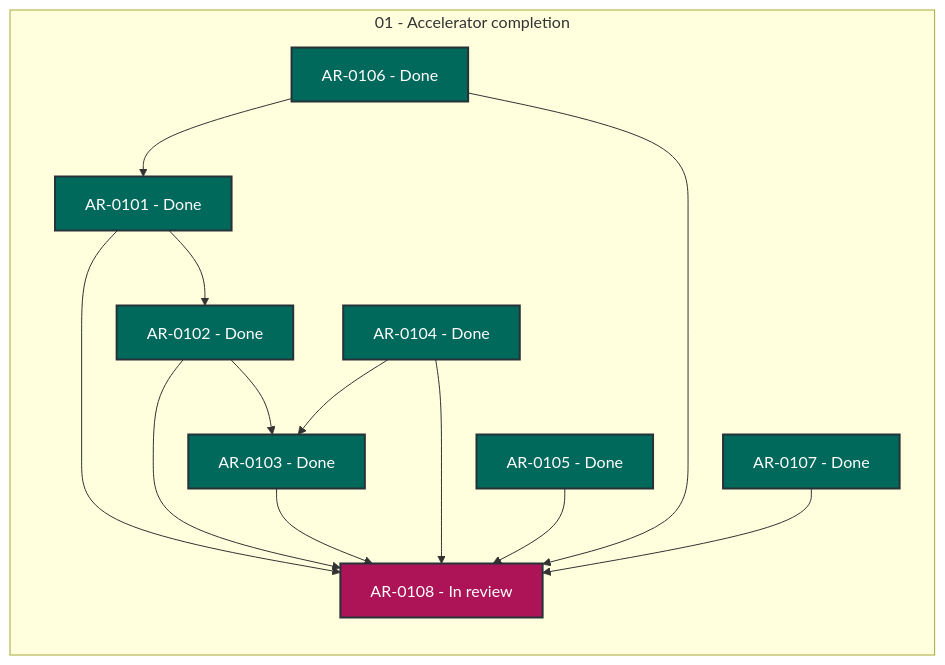
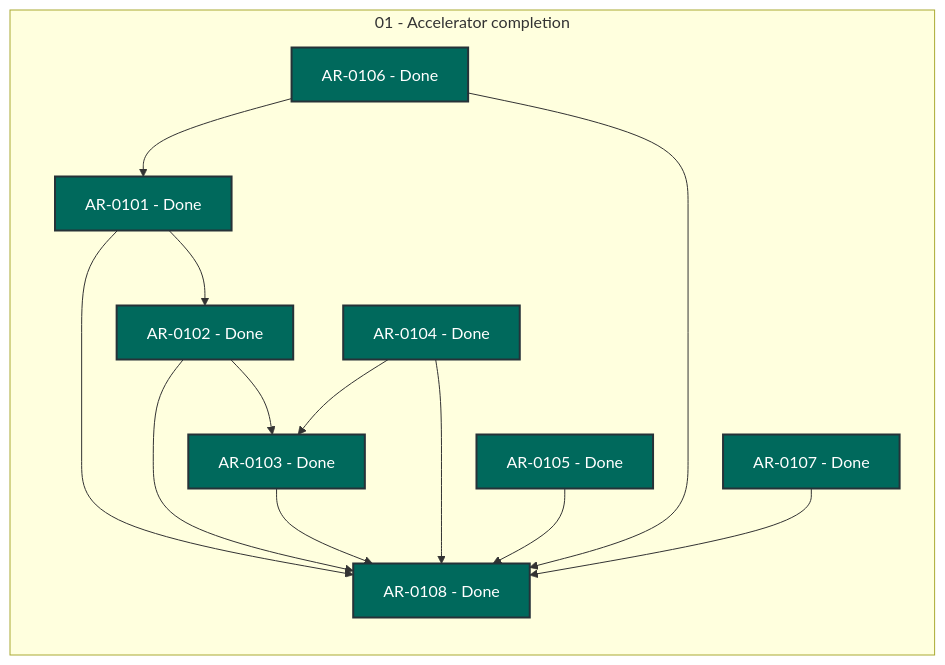
Before and after one commit to locutus3009/exgame: the diagram in coordination/STATUS.md, drawn with Mermaid. The commit also changed other lines of this file and 2 other files, not shown here.

Commit message:
chore(state): review AR-0108

````diff
--- a/coordination/STATUS.md
+++ b/coordination/STATUS.md
@@ -28,34 +28,34 @@
 ```mermaid
 flowchart LR
     subgraph series_01["01 - Accelerator completion"]
         direction TB
         AR_0101["AR-0101 - Done"]:::status_done
         AR_0102["AR-0102 - Done"]:::status_done
         AR_0103["AR-0103 - Done"]:::status_done
         AR_0104["AR-0104 - Done"]:::status_done
         AR_0105["AR-0105 - Done"]:::status_done
         AR_0106["AR-0106 - Done"]:::status_done
         AR_0107["AR-0107 - Done"]:::status_done
-        AR_0108["AR-0108 - In review"]:::status_in_review
+        AR_0108["AR-0108 - Done"]:::status_done
     end
     AR_0101 --> AR_0102
     AR_0101 --> AR_0108
     AR_0102 --> AR_0103
     AR_0102 --> AR_0108
     AR_0103 --> AR_0108
     AR_0104 --> AR_0103
     AR_0104 --> AR_0108
     AR_0105 --> AR_0108
     AR_0106 --> AR_0101
     AR_0106 --> AR_0108
     AR_0107 --> AR_0108
     classDef status_in_progress fill:#1565c0,color:#ffffff,stroke:#263238,stroke-width:2px
     classDef status_in_review fill:#ad1457,color:#ffffff,stroke:#263238,stroke-width:2px
     classDef status_open fill:#2e7d32,color:#ffffff,stroke:#263238,stroke-width:2px
     classDef status_blocked fill:#c62828,color:#ffffff,stroke:#263238,stroke-width:2px
     classDef status_planned fill:#6a1b9a,color:#ffffff,stroke:#263238,stroke-width:2px
     classDef status_future fill:#455a64,color:#ffffff,stroke:#263238,stroke-width:2px
     classDef status_done fill:#00695c,color:#ffffff,stroke:#263238,stroke-width:2px
     classDef status_cancelled fill:#616161,color:#ffffff,stroke:#263238,stroke-width:2px
     classDef status_superseded fill:#5d4037,color:#ffffff,stroke:#263238,stroke-width:2px
 ```
````
